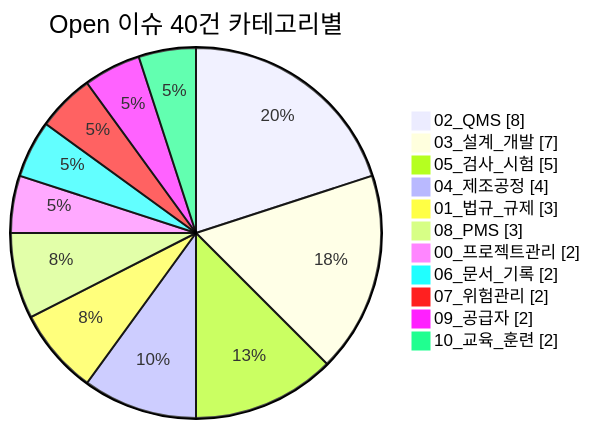
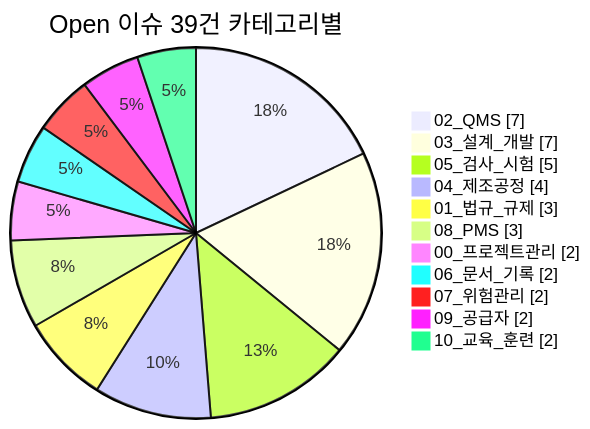
The fourth of 4 diagrams in README.md (holee9/MD-process), drawn with Mermaid before and after one commit. The commit also changed other lines of this file, not shown here.

````diff
--- a/README.md
+++ b/README.md
@@ -176,15 +174,15 @@
 ```mermaid
 pie showData
-    title Open 이슈 40건 카테고리별
-    "02_QMS" : 8
+    title Open 이슈 39건 카테고리별
+    "02_QMS" : 7
     "03_설계_개발" : 7
     "05_검사_시험" : 5
     "04_제조공정" : 4
     "01_법규_규제" : 3
     "08_PMS" : 3
     "00_프로젝트관리" : 2
     "06_문서_기록" : 2
     "07_위험관리" : 2
     "09_공급자" : 2
     "10_교육_훈련" : 2
 ```
````
